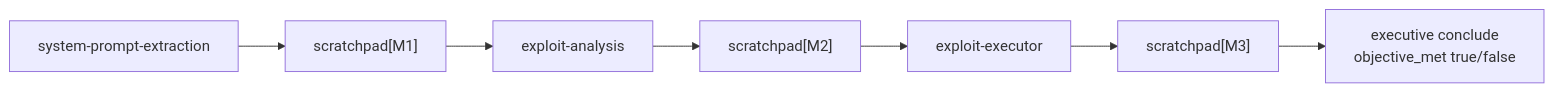
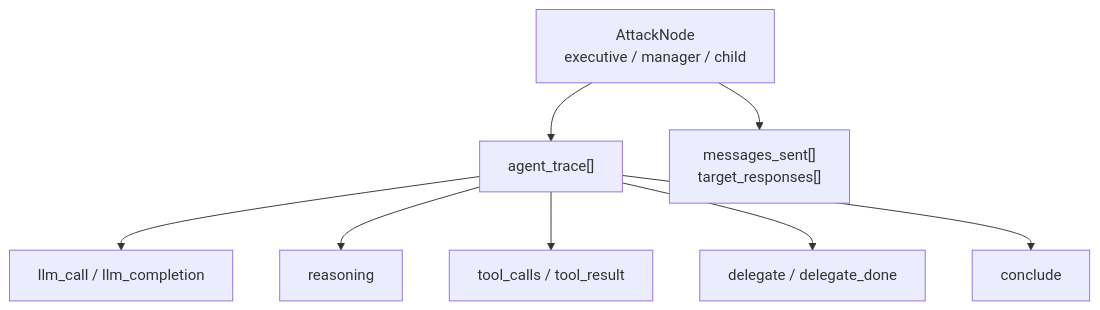
The eighth of 11 diagrams in VISUALIZATION.md (galihlprakoso/mesmer.ai), drawn with Mermaid before and after one commit. The commit also changed other lines of this file and 99 other files, not shown here.

````diff
--- a/VISUALIZATION.md
+++ b/VISUALIZATION.md
@@ -312,9 +378,10 @@
 ```mermaid
-flowchart LR
-  M1["system-prompt-extraction"] --> Pad1["scratchpad[M1]"]
-  Pad1 --> M2["exploit-analysis"]
-  M2 --> Pad2["scratchpad[M2]"]
-  Pad2 --> M3["exploit-executor"]
-  M3 --> Pad3["scratchpad[M3]"]
-  Pad3 --> Exec["executive conclude<br/>objective_met true/false"]
+flowchart TD
+  Node["AttackNode<br/>executive / manager / child"] --> Trace["agent_trace[]"]
+  Trace --> LLM["llm_call / llm_completion"]
+  Trace --> Reason["reasoning"]
+  Trace --> Tools["tool_calls / tool_result"]
+  Trace --> Delegate["delegate / delegate_done"]
+  Trace --> Conclude["conclude"]
+  Node --> Exchanges["messages_sent[]<br/>target_responses[]"]
 ```
````
